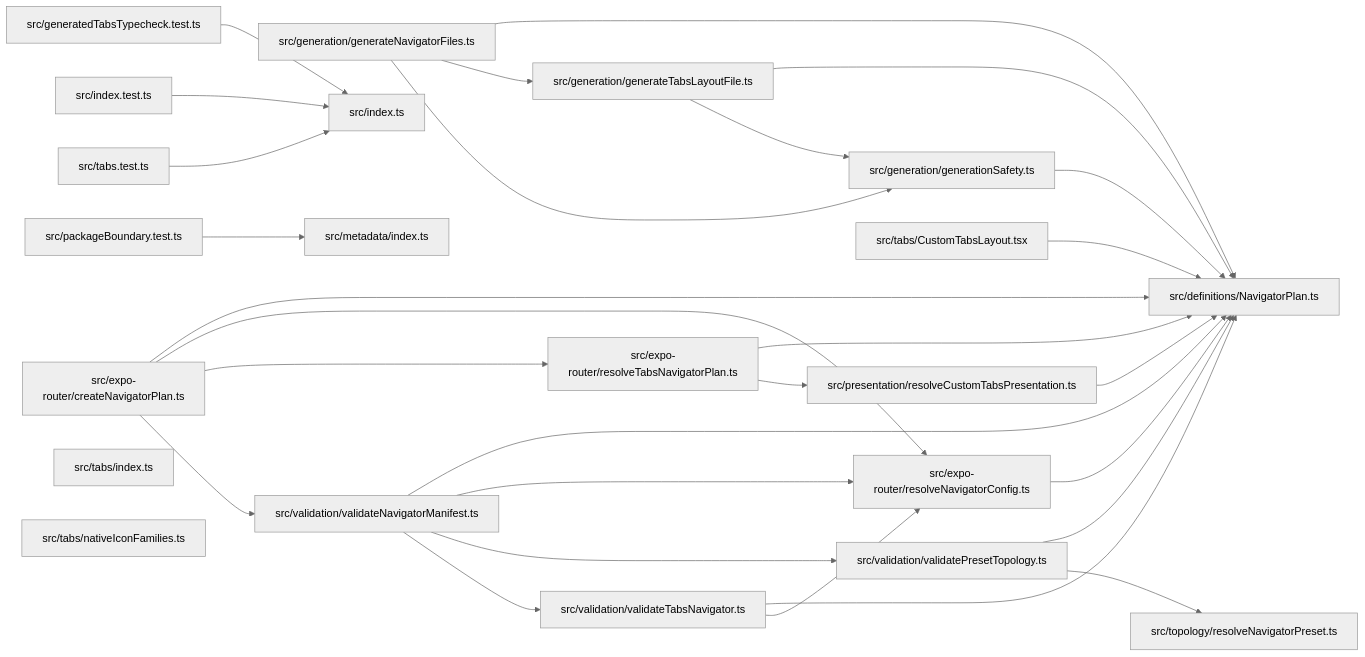
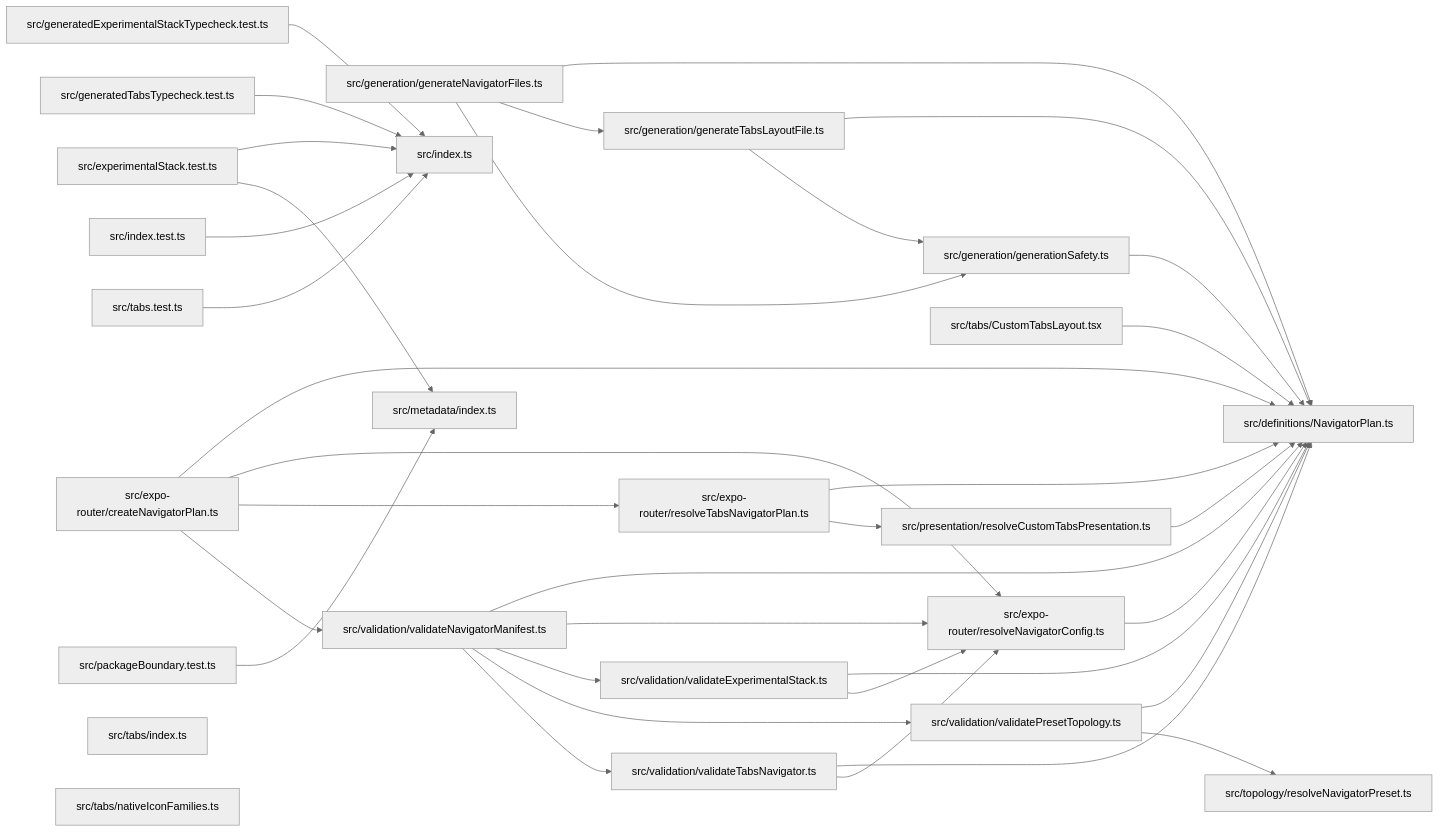
Before and after one commit to ankhorage/navigator: the diagram in paradox/diagrams/module-relationships.mmd, drawn with Mermaid (neutral theme). The commit also changed 19 other files, not shown here.

Commit message:
feat: add experimental stack adapter (#45)

```diff
--- a/paradox/diagrams/module-relationships.mmd
+++ b/paradox/diagrams/module-relationships.mmd
@@ -1,49 +1,58 @@
 graph LR
   module_src_definitions_NavigatorPlan_ts["src/definitions/NavigatorPlan.ts"]
+  module_src_experimentalStack_test_ts["src/experimentalStack.test.ts"]
   module_src_expo_router_createNavigatorPlan_ts["src/expo-router/createNavigatorPlan.ts"]
   module_src_expo_router_resolveNavigatorConfig_ts["src/expo-router/resolveNavigatorConfig.ts"]
   module_src_expo_router_resolveTabsNavigatorPlan_ts["src/expo-router/resolveTabsNavigatorPlan.ts"]
+  module_src_generatedExperimentalStackTypecheck_test_ts["src/generatedExperimentalStackTypecheck.test.ts"]
   module_src_generatedTabsTypecheck_test_ts["src/generatedTabsTypecheck.test.ts"]
   module_src_generation_generateNavigatorFiles_ts["src/generation/generateNavigatorFiles.ts"]
   module_src_generation_generateTabsLayoutFile_ts["src/generation/generateTabsLayoutFile.ts"]
   module_src_generation_generationSafety_ts["src/generation/generationSafety.ts"]
   module_src_index_test_ts["src/index.test.ts"]
   module_src_index_ts["src/index.ts"]
   module_src_metadata_index_ts["src/metadata/index.ts"]
   module_src_packageBoundary_test_ts["src/packageBoundary.test.ts"]
   module_src_presentation_resolveCustomTabsPresentation_ts["src/presentation/resolveCustomTabsPresentation.ts"]
   module_src_tabs_test_ts["src/tabs.test.ts"]
   module_src_tabs_CustomTabsLayout_tsx["src/tabs/CustomTabsLayout.tsx"]
   module_src_tabs_index_ts["src/tabs/index.ts"]
   module_src_tabs_nativeIconFamilies_ts["src/tabs/nativeIconFamilies.ts"]
   module_src_topology_resolveNavigatorPreset_ts["src/topology/resolveNavigatorPreset.ts"]
+  module_src_validation_validateExperimentalStack_ts["src/validation/validateExperimentalStack.ts"]
   module_src_validation_validateNavigatorManifest_ts["src/validation/validateNavigatorManifest.ts"]
   module_src_validation_validatePresetTopology_ts["src/validation/validatePresetTopology.ts"]
   module_src_validation_validateTabsNavigator_ts["src/validation/validateTabsNavigator.ts"]
+  module_src_experimentalStack_test_ts --> module_src_index_ts
+  module_src_experimentalStack_test_ts --> module_src_metadata_index_ts
   module_src_expo_router_createNavigatorPlan_ts --> module_src_definitions_NavigatorPlan_ts
   module_src_expo_router_createNavigatorPlan_ts --> module_src_expo_router_resolveNavigatorConfig_ts
   module_src_expo_router_createNavigatorPlan_ts --> module_src_expo_router_resolveTabsNavigatorPlan_ts
   module_src_expo_router_createNavigatorPlan_ts --> module_src_validation_validateNavigatorManifest_ts
   module_src_expo_router_resolveNavigatorConfig_ts --> module_src_definitions_NavigatorPlan_ts
   module_src_expo_router_resolveTabsNavigatorPlan_ts --> module_src_definitions_NavigatorPlan_ts
   module_src_expo_router_resolveTabsNavigatorPlan_ts --> module_src_presentation_resolveCustomTabsPresentation_ts
+  module_src_generatedExperimentalStackTypecheck_test_ts --> module_src_index_ts
   module_src_generatedTabsTypecheck_test_ts --> module_src_index_ts
   module_src_generation_generateNavigatorFiles_ts --> module_src_definitions_NavigatorPlan_ts
   module_src_generation_generateNavigatorFiles_ts --> module_src_generation_generateTabsLayoutFile_ts
   module_src_generation_generateNavigatorFiles_ts --> module_src_generation_generationSafety_ts
   module_src_generation_generateTabsLayoutFile_ts --> module_src_definitions_NavigatorPlan_ts
   module_src_generation_generateTabsLayoutFile_ts --> module_src_generation_generationSafety_ts
   module_src_generation_generationSafety_ts --> module_src_definitions_NavigatorPlan_ts
   module_src_index_test_ts --> module_src_index_ts
   module_src_packageBoundary_test_ts --> module_src_metadata_index_ts
   module_src_presentation_resolveCustomTabsPresentation_ts --> module_src_definitions_NavigatorPlan_ts
   module_src_tabs_test_ts --> module_src_index_ts
   module_src_tabs_CustomTabsLayout_tsx --> module_src_definitions_NavigatorPlan_ts
+  module_src_validation_validateExperimentalStack_ts --> module_src_definitions_NavigatorPlan_ts
+  module_src_validation_validateExperimentalStack_ts --> module_src_expo_router_resolveNavigatorConfig_ts
   module_src_validation_validateNavigatorManifest_ts --> module_src_definitions_NavigatorPlan_ts
   module_src_validation_validateNavigatorManifest_ts --> module_src_expo_router_resolveNavigatorConfig_ts
+  module_src_validation_validateNavigatorManifest_ts --> module_src_validation_validateExperimentalStack_ts
   module_src_validation_validateNavigatorManifest_ts --> module_src_validation_validatePresetTopology_ts
   module_src_validation_validateNavigatorManifest_ts --> module_src_validation_validateTabsNavigator_ts
   module_src_validation_validatePresetTopology_ts --> module_src_definitions_NavigatorPlan_ts
   module_src_validation_validatePresetTopology_ts --> module_src_topology_resolveNavigatorPreset_ts
   module_src_validation_validateTabsNavigator_ts --> module_src_definitions_NavigatorPlan_ts
   module_src_validation_validateTabsNavigator_ts --> module_src_expo_router_resolveNavigatorConfig_ts
```
